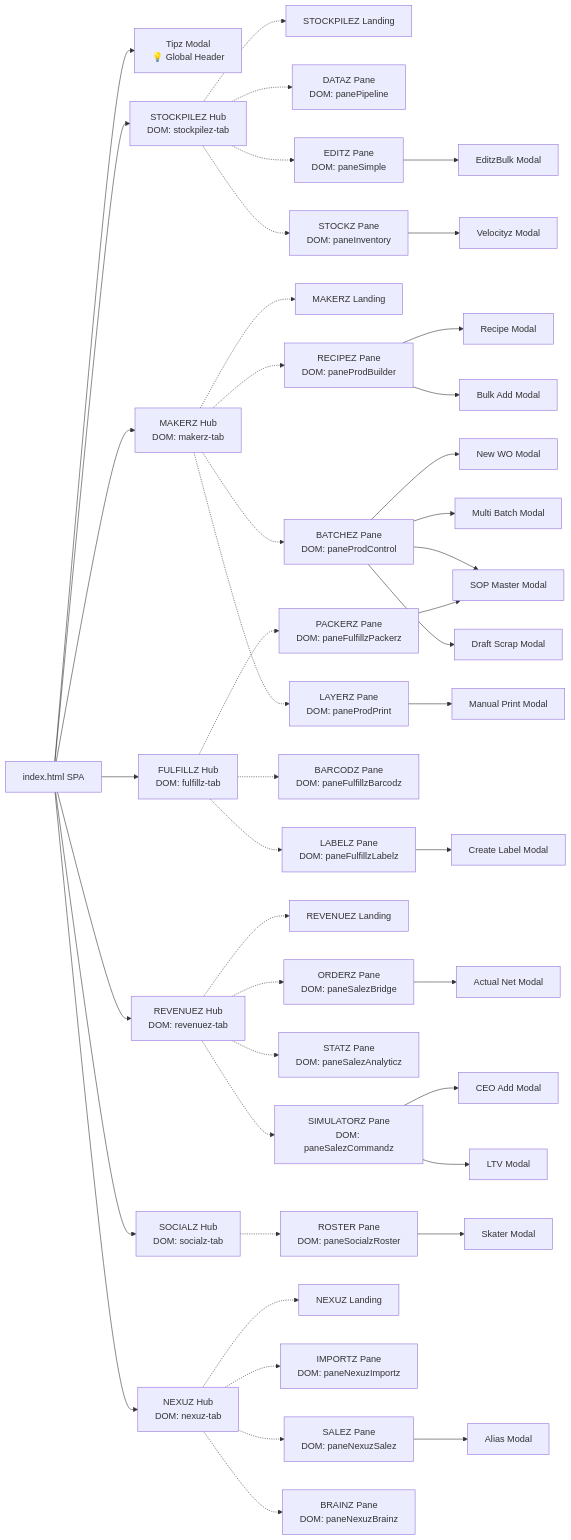
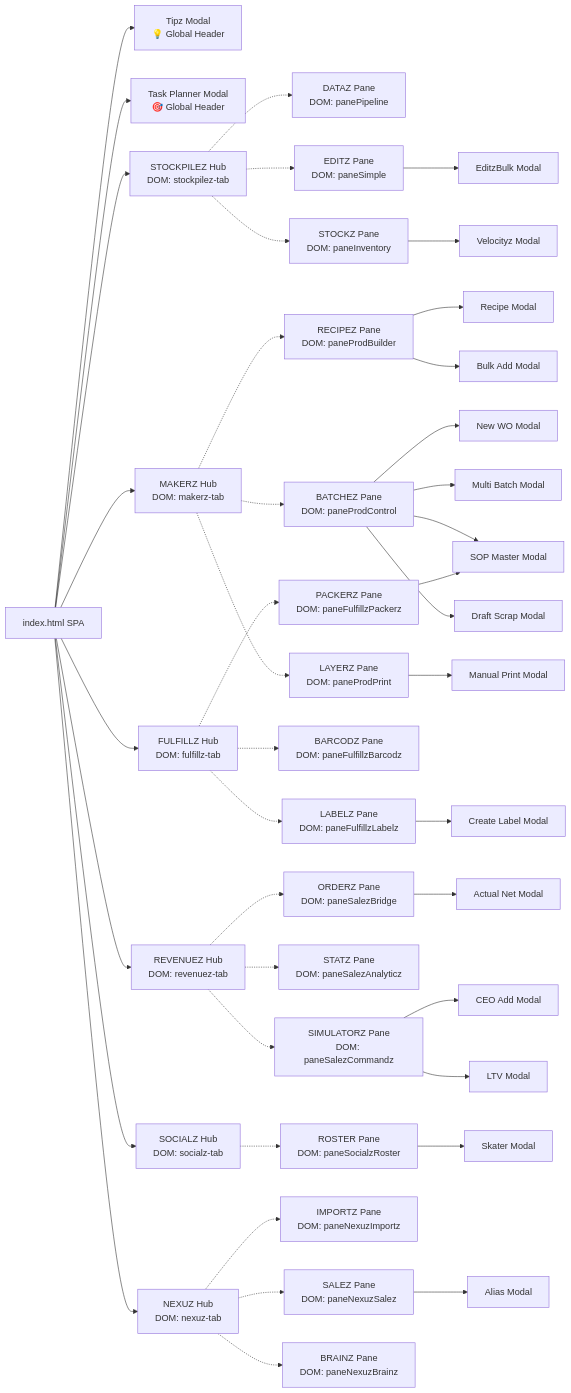
The diagram in nomenclature_dictionary.md (Neogleamz/neogleamz.github.io), drawn with Mermaid before and after one commit. The commit also changed 3 other files, not shown here.

Commit message:
fix(diagram): prune phantom landing pages and inject global header modals

````diff
--- a/nomenclature_dictionary.md
+++ b/nomenclature_dictionary.md
@@ -14,67 +14,64 @@
 ```mermaid
 graph LR
     App[index.html SPA]
     
-    %% Global
+    %% Global Header Modals
     App --> TipzModal[Tipz Modal <br> 💡 Global Header]
+    App --> TaskPlannerModal[Task Planner Modal <br> 🎯 Global Header]
     
     %% STOCKPILEZ HUB
     App --> Stockpilez[STOCKPILEZ Hub<br>DOM: stockpilez-tab]
-    Stockpilez -.-> SP_Landing[STOCKPILEZ Landing]
     Stockpilez -.-> SP_Pipeline[DATAZ Pane<br>DOM: panePipeline]
     Stockpilez -.-> SP_Simple[EDITZ Pane<br>DOM: paneSimple]
     Stockpilez -.-> SP_Inventory[STOCKZ Pane<br>DOM: paneInventory]
     
     SP_Simple --> EditzBulkModal[EditzBulk Modal]
     SP_Inventory --> VelocityzModal[Velocityz Modal]
     
     %% MAKERZ HUB
     App --> Makerz[MAKERZ Hub<br>DOM: makerz-tab]
-    Makerz -.-> MK_Landing[MAKERZ Landing]
     Makerz -.-> MK_Builder[RECIPEZ Pane<br>DOM: paneProdBuilder]
     Makerz -.-> MK_Control[BATCHEZ Pane<br>DOM: paneProdControl]
     Makerz -.-> MK_Print[LAYERZ Pane<br>DOM: paneProdPrint]
     
     MK_Builder --> RecipeModal[Recipe Modal]
     MK_Builder --> BulkAddModal[Bulk Add Modal]
     MK_Control --> NewWOModal[New WO Modal]
     MK_Control --> MultiBatchModal[Multi Batch Modal]
     MK_Control --> SOPMasterModal[SOP Master Modal]
     MK_Control --> DraftScrapModal[Draft Scrap Modal]
     MK_Print --> ManualPrintModal[Manual Print Modal]
     
     %% FULFILLZ HUB
     App --> Fulfillz[FULFILLZ Hub<br>DOM: fulfillz-tab]
     Fulfillz -.-> FZ_Packerz[PACKERZ Pane<br>DOM: paneFulfillzPackerz]
     Fulfillz -.-> FZ_Barcodz[BARCODZ Pane<br>DOM: paneFulfillzBarcodz]
     Fulfillz -.-> FZ_Labelz[LABELZ Pane<br>DOM: paneFulfillzLabelz]
     
     FZ_Packerz --> SOPMasterModal
     FZ_Labelz --> CreateLabelModal[Create Label Modal]
     
     %% REVENUEZ HUB
     App --> Revenuez[REVENUEZ Hub<br>DOM: revenuez-tab]
-    Revenuez -.-> RV_Landing[REVENUEZ Landing]
     Revenuez -.-> RV_Bridge[ORDERZ Pane<br>DOM: paneSalezBridge]
     Revenuez -.-> RV_Analyticz[STATZ Pane<br>DOM: paneSalezAnalyticz]
     Revenuez -.-> RV_Commandz[SIMULATORZ Pane<br>DOM: paneSalezCommandz]
     
     RV_Bridge --> ActualNetModal[Actual Net Modal]
     RV_Commandz --> CeoAddModal[CEO Add Modal]
     RV_Commandz --> LtvModal[LTV Modal]
     
     %% SOCIALZ HUB
     App --> Socialz[SOCIALZ Hub<br>DOM: socialz-tab]
     Socialz -.-> SZ_Roster[ROSTER Pane<br>DOM: paneSocialzRoster]
     
     SZ_Roster --> SkaterModal[Skater Modal]
     
     %% NEXUZ HUB
     App --> Nexuz[NEXUZ Hub<br>DOM: nexuz-tab]
-    Nexuz -.-> NX_Landing[NEXUZ Landing]
     Nexuz -.-> NX_Importz[IMPORTZ Pane<br>DOM: paneNexuzImportz]
     Nexuz -.-> NX_Salez[SALEZ Pane<br>DOM: paneNexuzSalez]
     Nexuz -.-> NX_Brainz[BRAINZ Pane<br>DOM: paneNexuzBrainz]
     
     NX_Salez --> AliasModal[Alias Modal]
 ```
````
